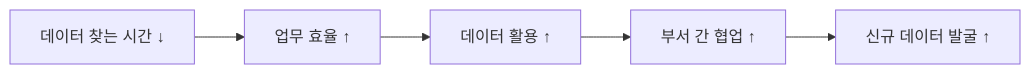
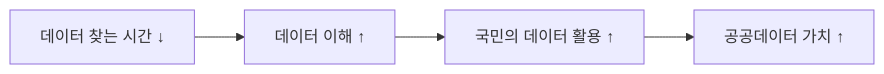
The fourth of 5 diagrams in README.md (pinkshark1/kspo_data_explorer), drawn with Mermaid before and after one commit. The commit also changed other lines of this file, not shown here.

````diff
--- a/README.md
+++ b/README.md
@@ -175,7 +175,6 @@
 ```mermaid
 flowchart LR
-    A[데이터 찾는 시간 ↓] --> B[업무 효율 ↑]
-    B --> C[데이터 활용 ↑]
-    C --> D[부서 간 협업 ↑]
-    D --> E[신규 데이터 발굴 ↑]
+    A[데이터 찾는 시간 ↓] --> B[데이터 이해 ↑]
+    B --> C[국민의 데이터 활용 ↑]
+    C --> D[공공데이터 가치 ↑]
 ```
````
